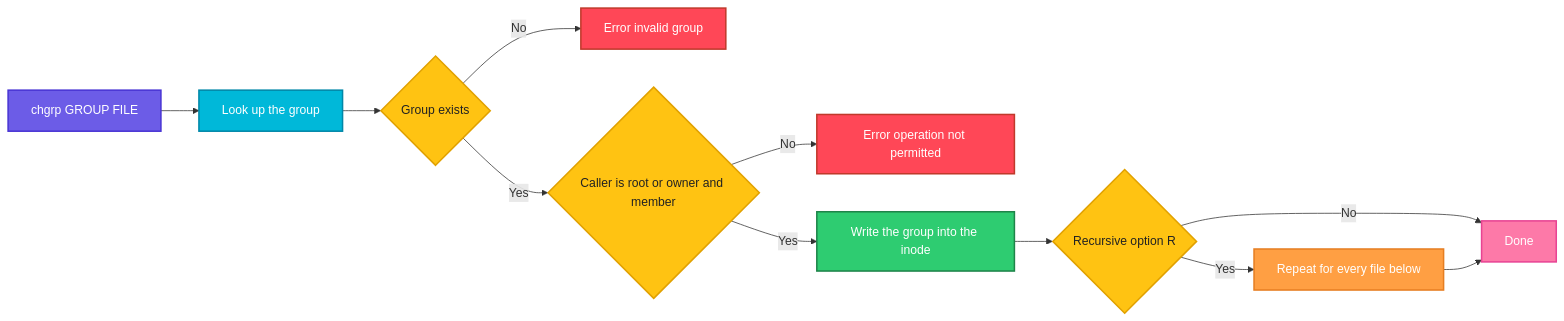
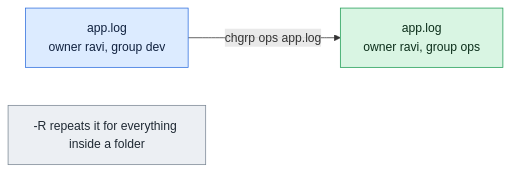
One commit to codeKerdosTech/DevOps-Documentation changed the diagram in linux/permissions/chgrp.md. Above: the diagram before and after it, drawn with Mermaid. The commit also changed other lines of this file and 165 other files, not shown here.

Commit message:
updated diagrams in linux

````diff
--- a/linux/permissions/chgrp.md
+++ b/linux/permissions/chgrp.md
@@ -25,27 +25,13 @@
 ```mermaid
 flowchart LR
-    A[chgrp GROUP FILE] --> B[Look up the group]
-    B --> C{Group exists}
-    C -->|No| D[Error invalid group]
-    C -->|Yes| E{Caller is root or owner and member}
-    E -->|No| F[Error operation not permitted]
-    E -->|Yes| G[Write the group into the inode]
-    G --> H{Recursive option R}
-    H -->|Yes| I[Repeat for every file below]
-    H -->|No| J[Done]
-    I --> J
-    classDef start fill:#6C5CE7,stroke:#4834D4,stroke-width:2px,color:#fff
-    classDef proc fill:#00B8D9,stroke:#0087A8,stroke-width:2px,color:#fff
-    classDef dec fill:#FFC312,stroke:#E1A100,stroke-width:2px,color:#222
-    classDef ok fill:#2ECC71,stroke:#1E8449,stroke-width:2px,color:#fff
-    classDef err fill:#FF4757,stroke:#C0392B,stroke-width:2px,color:#fff
-    classDef out fill:#FD79A8,stroke:#E84393,stroke-width:2px,color:#fff
-    classDef alt fill:#FF9F43,stroke:#E67E22,stroke-width:2px,color:#fff
-    class A start
-    class B proc
-    class C,E,H dec
-    class D,F err
-    class G ok
-    class I alt
-    class J out
+    i1[app.log<br/>owner ravi, group dev] -->|chgrp ops app.log| o1[app.log<br/>owner ravi, group ops]
+    n1[-R repeats it for everything inside a folder]
+    classDef inp fill:#DCEBFF,stroke:#2F6FDE,color:#10213F
+    classDef cmd fill:#FFF0C2,stroke:#C98A00,color:#3A2A00
+    classDef out fill:#D9F5E3,stroke:#1F9D55,color:#0B2E1A
+    classDef bad fill:#FDE0E0,stroke:#D13B3B,color:#4A0F0F
+    classDef note fill:#ECEFF3,stroke:#7B8794,color:#1F2933
+    class i1 inp
+    class o1 out
+    class n1 note
 ```
````
